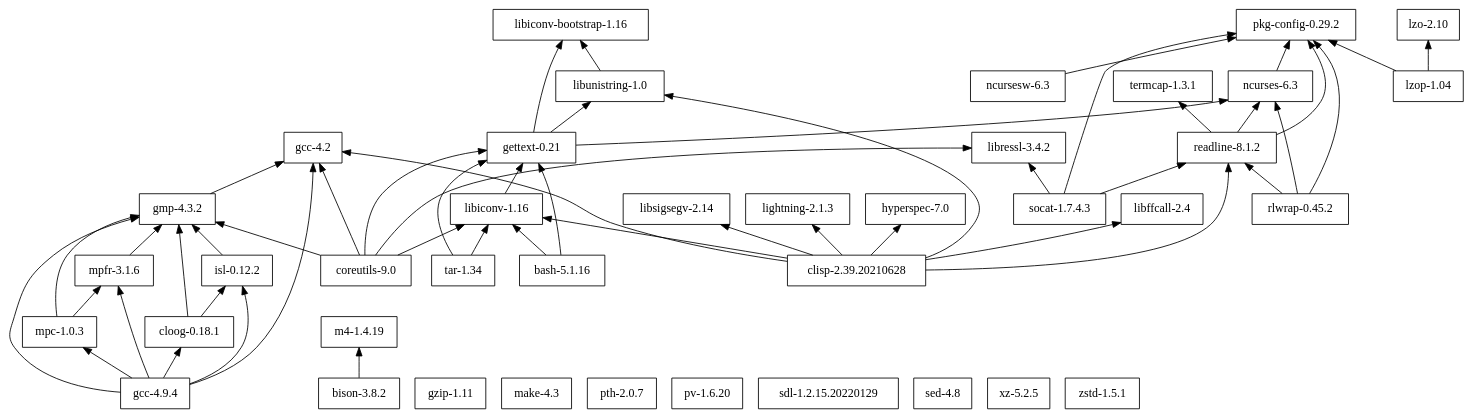
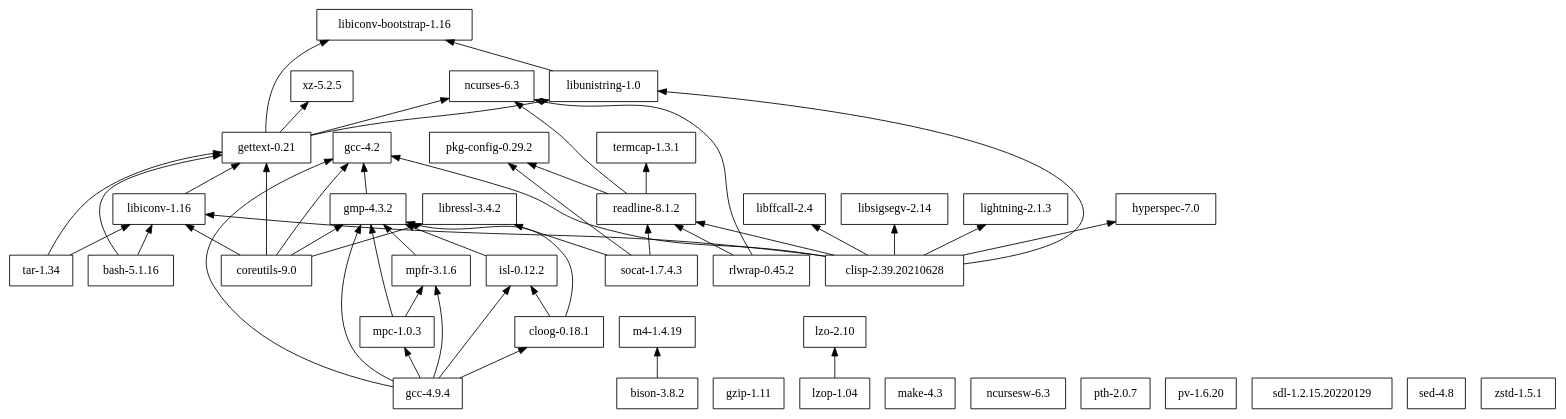
One commit to cellularmitosis/leopard.sh changed the diagram in leopardsh/deps/dependencies.dot. Above: the diagram before and after it, drawn with Graphviz. The commit also changed 12 other files, not shown here.

```diff
--- a/leopardsh/deps/dependencies.dot
+++ b/leopardsh/deps/dependencies.dot
@@ -1,74 +1,73 @@
 digraph mygraph {
 node [shape=box];
 rankdir = BT;
 
 "bash-5.1.16" -> "gettext-0.21"
 "bash-5.1.16" -> "libiconv-1.16"
 "bison-3.8.2" -> "m4-1.4.19"
 "clisp-2.39.20210628" -> "gcc-4.2"
 "clisp-2.39.20210628" -> "hyperspec-7.0"
 "clisp-2.39.20210628" -> "libiconv-1.16"
 "clisp-2.39.20210628" -> "libffcall-2.4"
 "clisp-2.39.20210628" -> "libsigsegv-2.14"
 "clisp-2.39.20210628" -> "libunistring-1.0"
 "clisp-2.39.20210628" -> "lightning-2.1.3"
 "clisp-2.39.20210628" -> "readline-8.1.2"
 "cloog-0.18.1" -> "gmp-4.3.2"
 "cloog-0.18.1" -> "isl-0.12.2"
 "coreutils-9.0" -> "gcc-4.2"
 "coreutils-9.0" -> "gettext-0.21"
 "coreutils-9.0" -> "gmp-4.3.2"
 "coreutils-9.0" -> "libiconv-1.16"
 "coreutils-9.0" -> "libressl-3.4.2"
 "gcc-4.2"
 "gcc-4.9.4" -> "cloog-0.18.1"
 "gcc-4.9.4" -> "gcc-4.2"
 "gcc-4.9.4" -> "gmp-4.3.2"
 "gcc-4.9.4" -> "isl-0.12.2"
 "gcc-4.9.4" -> "mpc-1.0.3"
 "gcc-4.9.4" -> "mpfr-3.1.6"
 "gettext-0.21" -> "libiconv-bootstrap-1.16"
 "gettext-0.21" -> "libunistring-1.0"
 "gettext-0.21" -> "ncurses-6.3"
+"gettext-0.21" -> "xz-5.2.5"
 "gmp-4.3.2" -> "gcc-4.2"
 "gzip-1.11"
 "hyperspec-7.0"
 "isl-0.12.2" -> "gmp-4.3.2"
 "libffcall-2.4"
 "libiconv-1.16" -> "gettext-0.21"
 "libiconv-bootstrap-1.16"
 "libressl-3.4.2"
 "libsigsegv-2.14"
 "libunistring-1.0" -> "libiconv-bootstrap-1.16"
 "lightning-2.1.3"
 "lzo-2.10"
 "lzop-1.04" -> "lzo-2.10"
-"lzop-1.04" -> "pkg-config-0.29.2"
 "m4-1.4.19"
 "make-4.3"
 "mpc-1.0.3" -> "gmp-4.3.2"
 "mpc-1.0.3" -> "mpfr-3.1.6"
 "mpfr-3.1.6" -> "gmp-4.3.2"
-"ncurses-6.3" -> "pkg-config-0.29.2"
-"ncursesw-6.3" -> "pkg-config-0.29.2"
+"ncurses-6.3"
+"ncursesw-6.3"
 "pkg-config-0.29.2"
 "pth-2.0.7"
 "pv-1.6.20"
 "readline-8.1.2" -> "ncurses-6.3"
 "readline-8.1.2" -> "pkg-config-0.29.2"
 "readline-8.1.2" -> "termcap-1.3.1"
 "rlwrap-0.45.2" -> "ncurses-6.3"
-"rlwrap-0.45.2" -> "pkg-config-0.29.2"
 "rlwrap-0.45.2" -> "readline-8.1.2"
 "sdl-1.2.15.20220129"
 "sed-4.8"
 "socat-1.7.4.3" -> "libressl-3.4.2"
 "socat-1.7.4.3" -> "pkg-config-0.29.2"
 "socat-1.7.4.3" -> "readline-8.1.2"
 "tar-1.34" -> "gettext-0.21"
 "tar-1.34" -> "libiconv-1.16"
 "termcap-1.3.1"
 "xz-5.2.5"
 "zstd-1.5.1"
 
 }
```
